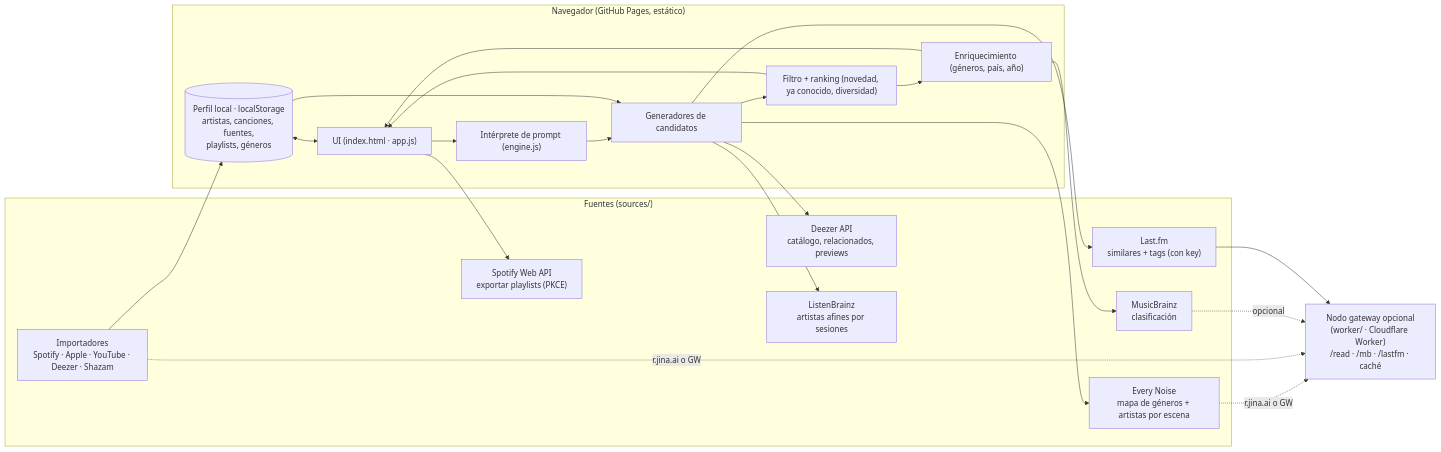
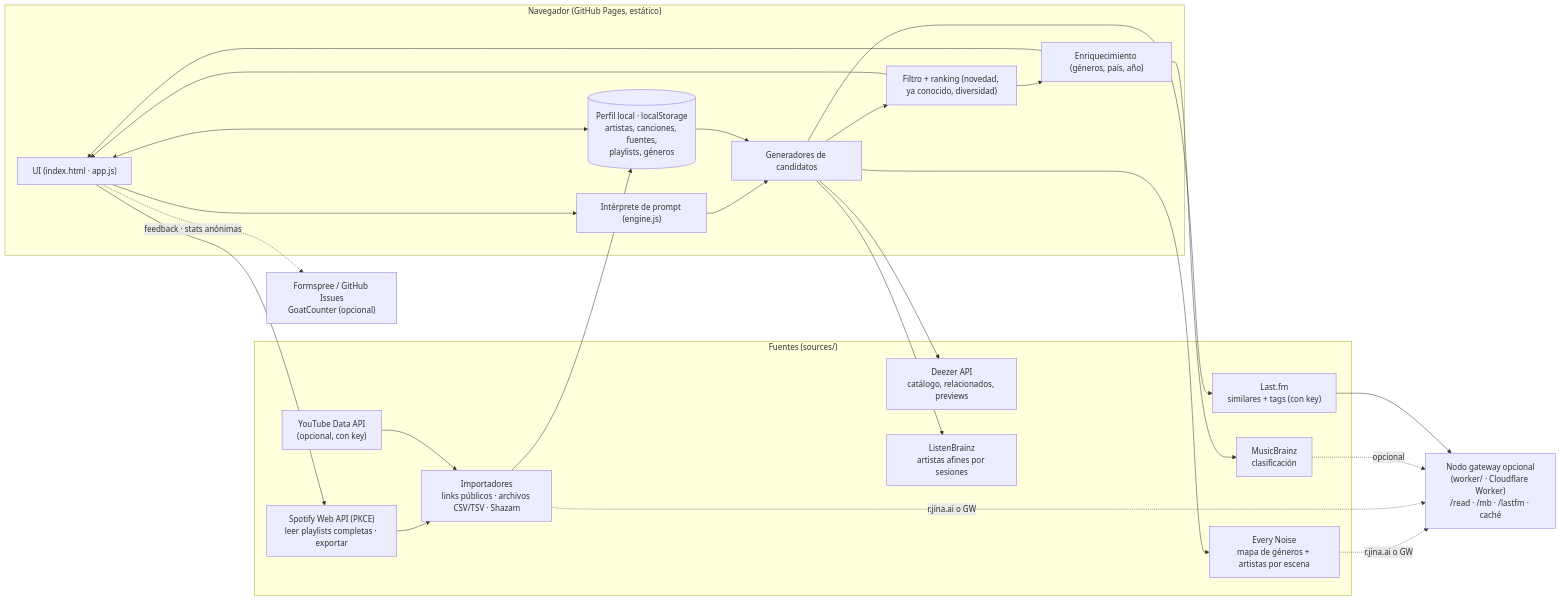
One commit to isaachanono/orbita-musica changed the diagram in ARCHITECTURE.md. Above: the diagram before and after it, drawn with Mermaid. The commit also changed other lines of this file and 12 other files, not shown here.

Commit message:
Órbita: playlists completas (Spotify API, archivos CSV, YouTube API), feedback, stats anónimas, privacidad y rebranding

````diff
--- a/ARCHITECTURE.md
+++ b/ARCHITECTURE.md
@@ -3,33 +3,37 @@
 ```mermaid
 flowchart LR
   subgraph Browser["Navegador (GitHub Pages, estático)"]
     UI["UI (index.html · app.js)"]
     INT["Intérprete de prompt (engine.js)"]
     GEN["Generadores de candidatos"]
     RANK["Filtro + ranking (novedad, ya conocido, diversidad)"]
     ENR["Enriquecimiento (géneros, país, año)"]
     PROF[("Perfil local · localStorage\nartistas, canciones, fuentes,\nplaylists, géneros")]
   end
   subgraph Sources["Fuentes (sources/)"]
     DZ["Deezer API\ncatálogo, relacionados, previews"]
     EN["Every Noise\nmapa de géneros + artistas por escena"]
     MB["MusicBrainz\nclasificación"]
     LB["ListenBrainz\nartistas afines por sesiones"]
     LF["Last.fm\nsimilares + tags (con key)"]
-    IMP["Importadores\nSpotify · Apple · YouTube · Deezer · Shazam"]
-    SP["Spotify Web API\nexportar playlists (PKCE)"]
+    IMP["Importadores\nlinks públicos · archivos CSV/TSV · Shazam"]
+    SP["Spotify Web API (PKCE)\nleer playlists completas · exportar"]
+    YT["YouTube Data API\n(opcional, con key)"]
   end
   GW["Nodo gateway opcional\n(worker/ · Cloudflare Worker)\n/read · /mb · /lastfm · caché"]
   UI --> INT --> GEN --> RANK --> UI
   RANK --> ENR --> UI
   PROF <--> UI
   PROF --> GEN
   GEN --> DZ & EN & LB & LF
   ENR --> MB
   IMP --> PROF
   UI --> SP
+  SP --> IMP
+  YT --> IMP
+  UI -. "feedback · stats anónimas" .-> FB["Formspree / GitHub Issues\nGoatCounter (opcional)"]
   EN -. "r.jina.ai o GW" .-> GW
   IMP -. "r.jina.ai o GW" .-> GW
   MB -. "opcional" .-> GW
   LF --> GW
 ```
````
